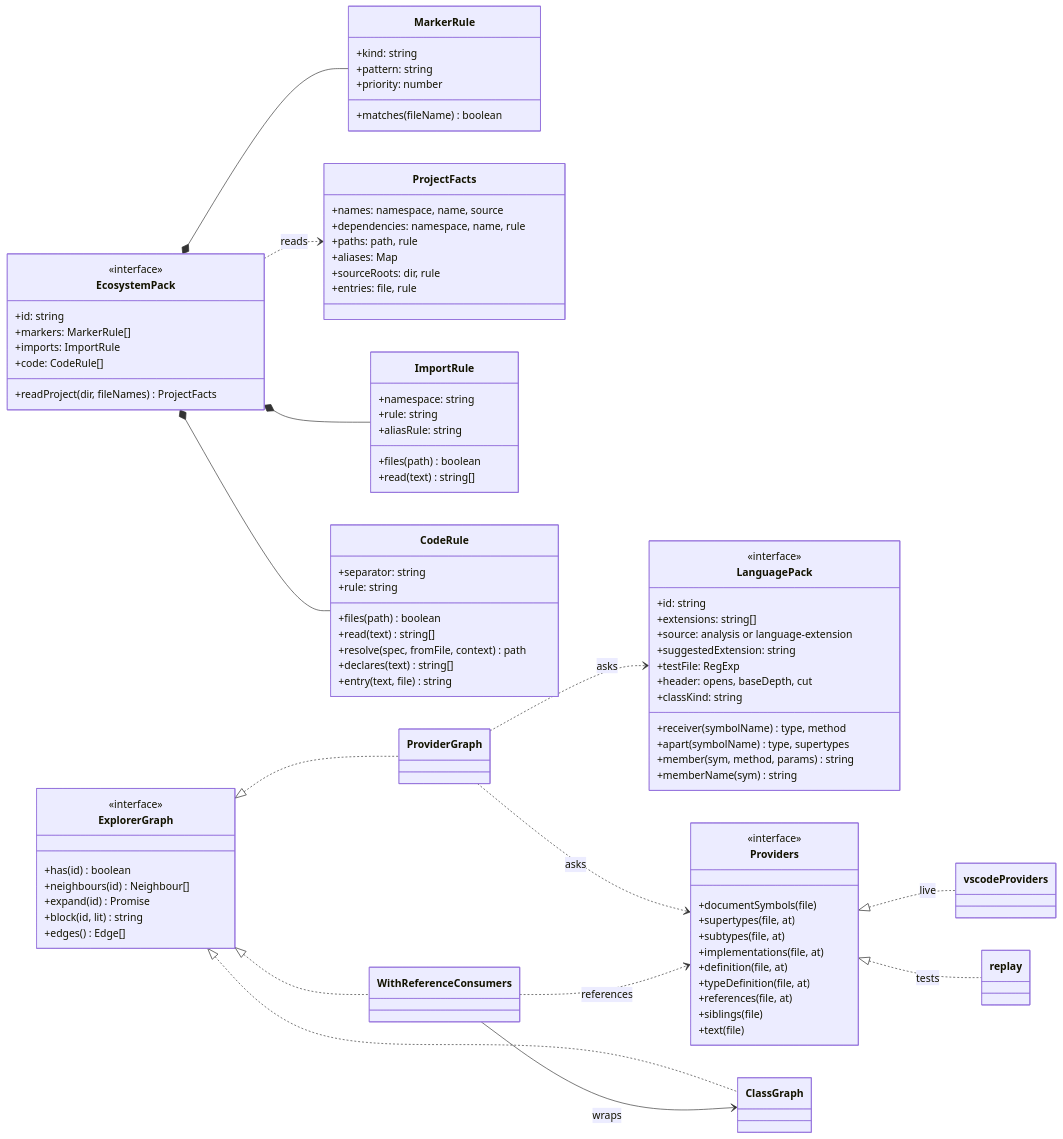
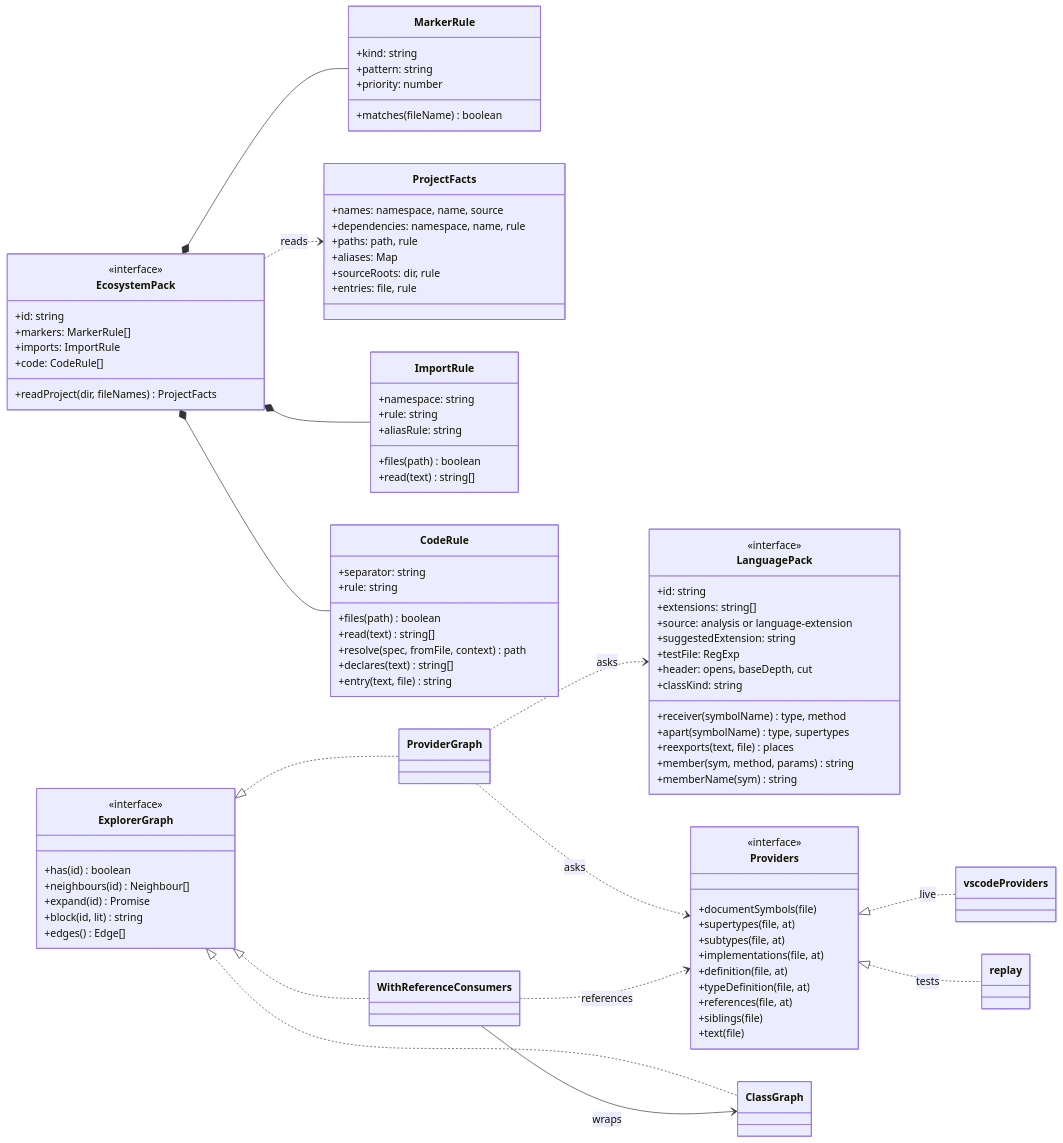
Before and after one commit to d8aware/vscode-mermaid-extension: the second of 4 diagrams in docs/language-packs.md, drawn with Mermaid. The commit also changed other lines of this file and 25 other files, not shown here.

First line of the commit message:
3.1.0: diagrams in your VS Code theme's colours; barrel files; no more endless loading (#96)

```diff
--- a/docs/language-packs.md
+++ b/docs/language-packs.md
@@ -125,6 +125,7 @@
     +testFile: RegExp
     +receiver(symbolName) type, method
     +apart(symbolName) type, supertypes
+    +reexports(text, file) places
     +header: opens, baseDepth, cut
     +classKind: string
     +member(sym, method, params) string
```
